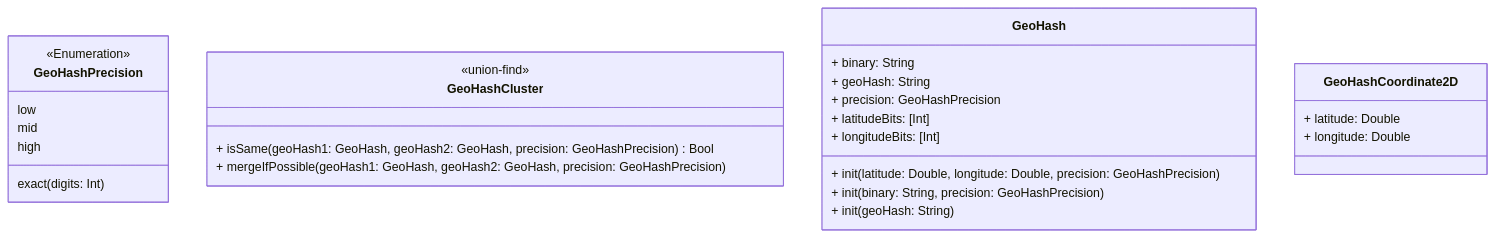
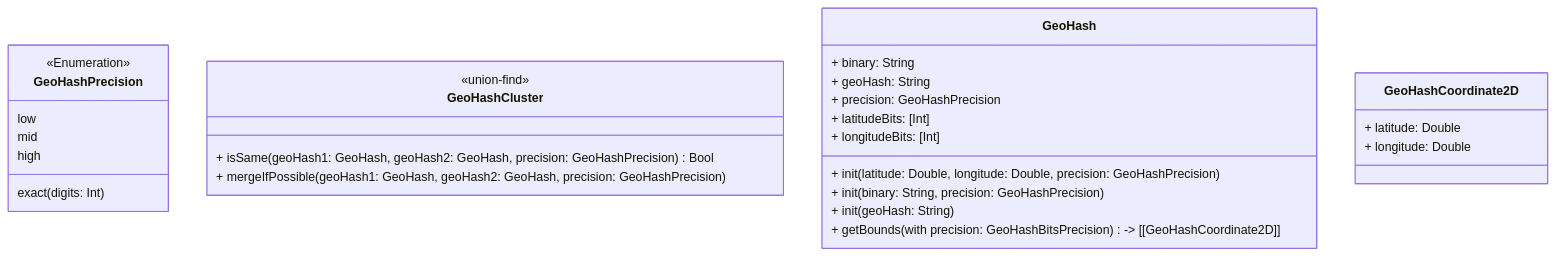
The diagram in README.md (fummicc1/GeoHashSwift), drawn with Mermaid before and after one commit.

````diff
--- a/README.md
+++ b/README.md
@@ -31,32 +31,33 @@
 ```mermaid
 classDiagram
 
     class GeoHashPrecision {
         <<Enumeration>>
         low
         mid
         high
         exact(digits: Int)
     }
 
     class GeoHashCluster {
         <<union-find>>
         + isSame(geoHash1: GeoHash, geoHash2: GeoHash, precision: GeoHashPrecision) Bool
         + mergeIfPossible(geoHash1: GeoHash, geoHash2: GeoHash, precision: GeoHashPrecision)
     }
 
     class GeoHash {
         + binary: String
         + geoHash: String
         + precision: GeoHashPrecision
         + latitudeBits: [Int]
         + longitudeBits: [Int]
         + init(latitude: Double, longitude: Double, precision: GeoHashPrecision)
         + init(binary: String, precision: GeoHashPrecision)
         + init(geoHash: String)
+        + getBounds(with precision: GeoHashBitsPrecision) -> [[GeoHashCoordinate2D]]
     }
     class GeoHashCoordinate2D {
         + latitude: Double
         + longitude: Double
     }
 ```
````
